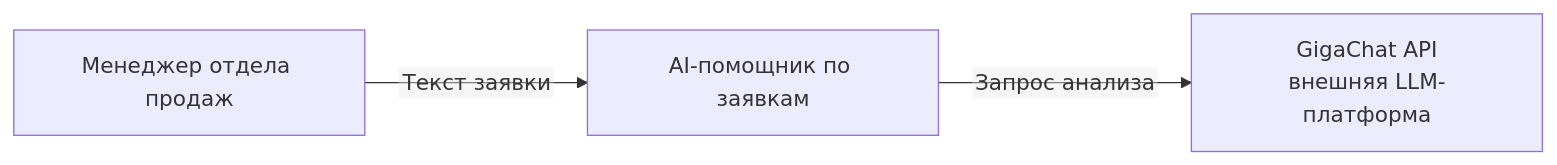
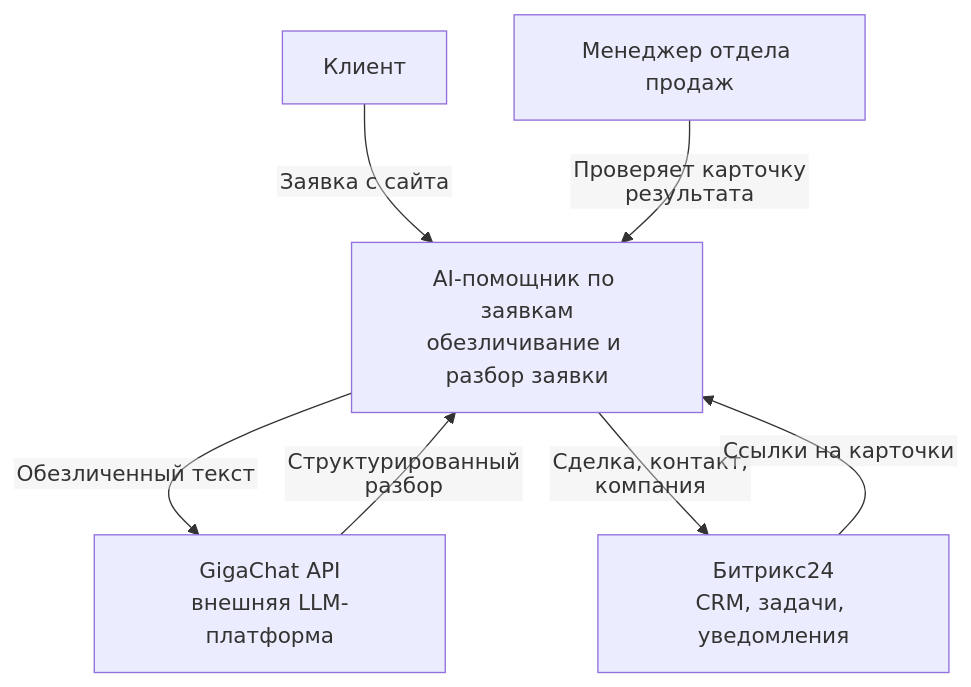
One commit to MatveiV/OrdersProcPersDataBtrx changed the diagram in docs/diagrams/c4-level-1-context.mmd. Above: the diagram before and after it, drawn with Mermaid. The commit also changed 62 other files, not shown here.

```diff
--- a/docs/diagrams/c4-level-1-context.mmd
+++ b/docs/diagrams/c4-level-1-context.mmd
@@ -1,8 +1,14 @@
 %%{init: {"flowchart": {"htmlLabels": false}}}%%
-flowchart LR
+flowchart TB
+    client["Клиент"]
     manager["Менеджер отдела продаж"]
-    app["AI-помощник по заявкам"]
+    app["AI-помощник по заявкам<br/>обезличивание и разбор заявки"]
     gigachat["GigaChat API<br/>внешняя LLM-платформа"]
+    b24["Битрикс24<br/>CRM, задачи, уведомления"]
 
-    manager -->|"Текст заявки"| app
-    app -->|"Запрос анализа"| gigachat
+    client -->|"Заявка с сайта"| app
+    manager -->|"Проверяет карточку результата"| app
+    app -->|"Обезличенный текст"| gigachat
+    gigachat -->|"Структурированный разбор"| app
+    app -->|"Сделка, контакт, компания"| b24
+    b24 -->|"Ссылки на карточки"| app
```
